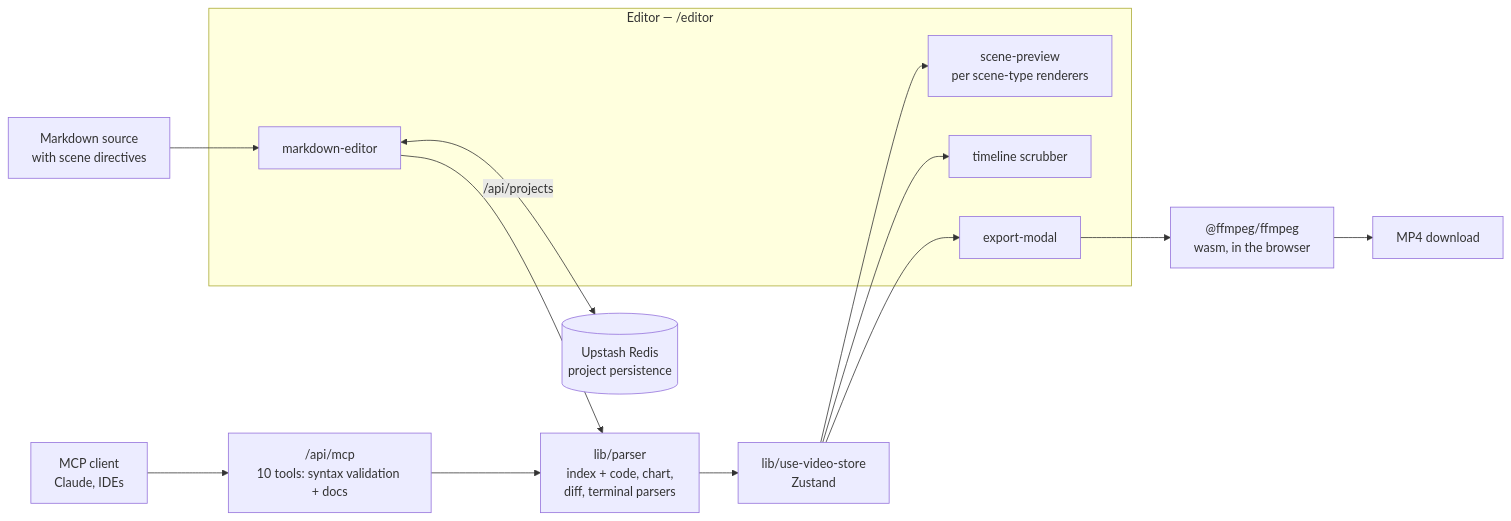
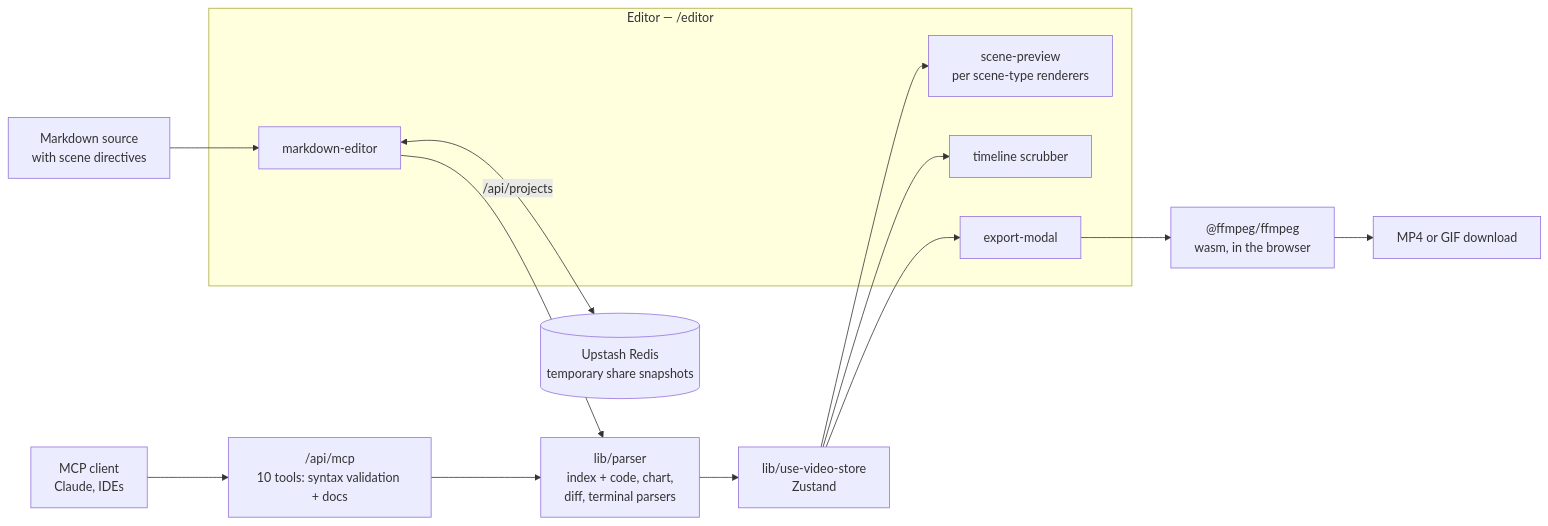
One commit to Avik-creator/markdown_video changed the diagram in README.md. Above: the diagram before and after it, drawn with Mermaid. The commit also changed other lines of this file and 199 other files, not shown here.

````diff
--- a/README.md
+++ b/README.md
@@ -57,31 +58,31 @@
 ```mermaid
 flowchart LR
     MD["Markdown source<br/>with scene directives"]
     AGENT["MCP client<br/>Claude, IDEs"]
 
     subgraph EDITOR["Editor — /editor"]
         ED["markdown-editor"]
         PREV["scene-preview<br/>per scene-type renderers"]
         TL["timeline scrubber"]
         EXP["export-modal"]
     end
 
     PARSE["lib/parser<br/>index + code, chart,<br/>diff, terminal parsers"]
     STORE["lib/use-video-store<br/>Zustand"]
     MCP["/api/mcp<br/>10 tools: syntax validation + docs"]
     FF["@ffmpeg/ffmpeg<br/>wasm, in the browser"]
-    MP4["MP4 download"]
-    REDIS[("Upstash Redis<br/>project persistence")]
+    MP4["MP4 or GIF download"]
+    REDIS[("Upstash Redis<br/>temporary share snapshots")]
 
     MD --> ED
     ED --> PARSE
     PARSE --> STORE
     STORE --> PREV
     STORE --> TL
     STORE --> EXP
     EXP --> FF
     FF --> MP4
     ED <-->|"/api/projects"| REDIS
     AGENT --> MCP
     MCP --> PARSE
 ```
````
